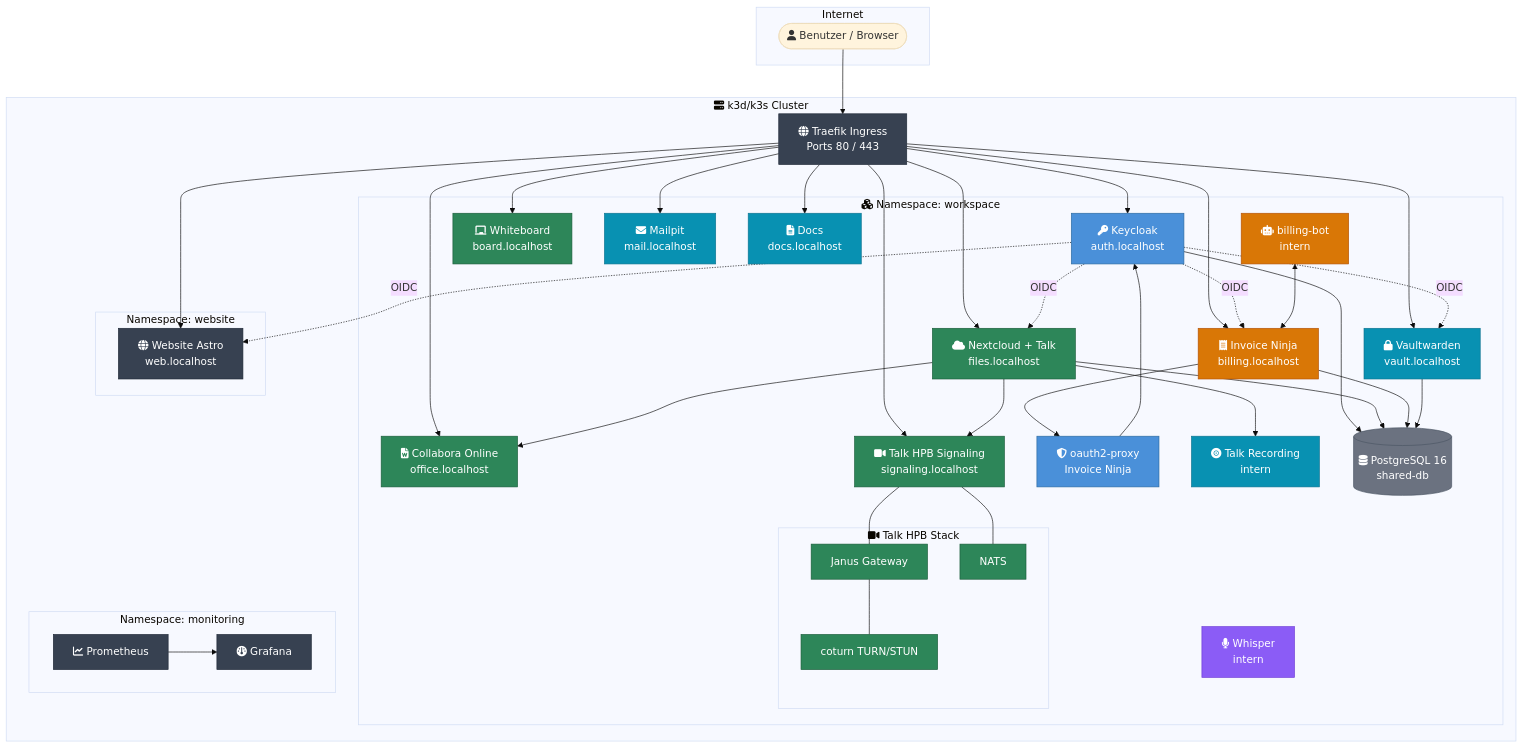
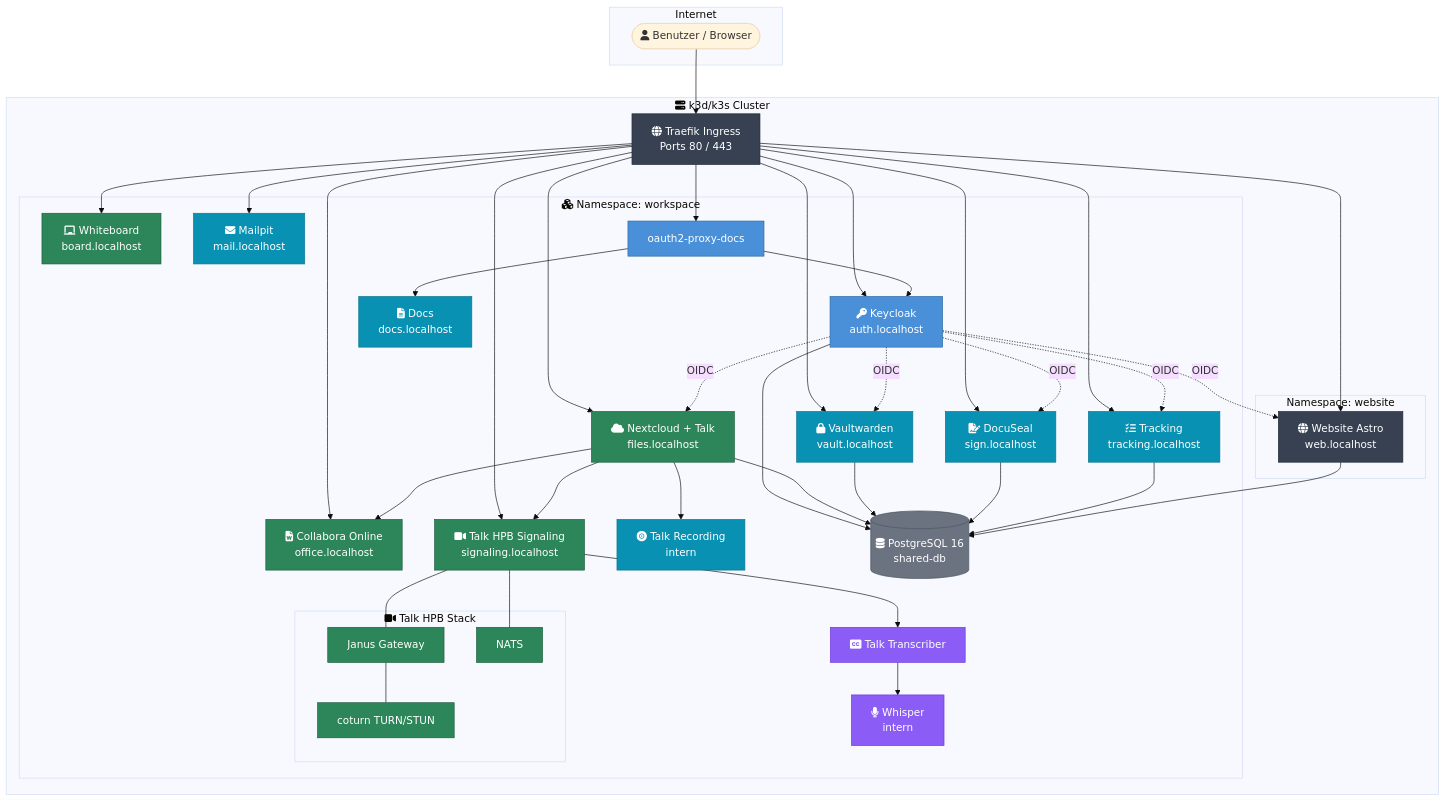
One commit to Paddione/Bachelorprojekt changed the first of 3 diagrams in README.md. Above: the diagram before and after it, drawn with Mermaid (base theme). The commit also changed other lines of this file and 11 other files, not shown here.

First line of the commit message:
docs: update architecture diagrams and data model to current state

````diff
--- a/README.md
+++ b/README.md
@@ -55,77 +56,71 @@
 ```mermaid
 graph TB
     subgraph Internet
         User(["fa:fa-user Benutzer / Browser"])
     end
 
     subgraph k3d-Cluster ["fa:fa-server k3d/k3s Cluster"]
         Traefik["fa:fa-globe Traefik Ingress<br/>Ports 80 / 443"]
 
         subgraph workspace ["fa:fa-cubes Namespace: workspace"]
             KC["fa:fa-key Keycloak<br/>auth.localhost"]
             NC["fa:fa-cloud Nextcloud + Talk<br/>files.localhost"]
             CO["fa:fa-file-word Collabora Online<br/>office.localhost"]
             HPB["fa:fa-video Talk HPB Signaling<br/>signaling.localhost"]
-            IN["fa:fa-receipt Invoice Ninja<br/>billing.localhost"]
             VW["fa:fa-lock Vaultwarden<br/>vault.localhost"]
             WB["fa:fa-chalkboard Whiteboard<br/>board.localhost"]
+            DS["fa:fa-file-signature DocuSeal<br/>sign.localhost"]
+            TR["fa:fa-list-check Tracking<br/>tracking.localhost"]
             MP["fa:fa-envelope Mailpit<br/>mail.localhost"]
             DOCS["fa:fa-file-lines Docs<br/>docs.localhost"]
-            BB["fa:fa-robot billing-bot<br/>intern"]
-            OAUTH["fa:fa-shield-halved oauth2-proxy<br/>Invoice Ninja"]
+            OAUTH2["oauth2-proxy-docs"]
             WHISPER["fa:fa-microphone Whisper<br/>intern"]
             REC["fa:fa-record-vinyl Talk Recording<br/>intern"]
+            TRBOT["fa:fa-closed-captioning Talk Transcriber"]
 
             subgraph HPB-Stack ["fa:fa-video Talk HPB Stack"]
                 JANUS["Janus Gateway"]
                 NATS["NATS"]
                 COTURN["coturn TURN/STUN"]
             end
 
             DB[("fa:fa-database PostgreSQL 16<br/>shared-db")]
         end
 
         subgraph website-ns ["Namespace: website"]
             WEB["fa:fa-globe Website Astro<br/>web.localhost"]
         end
-
-        subgraph monitoring-ns ["Namespace: monitoring"]
-            PROM["fa:fa-chart-line Prometheus"]
-            GRAF["fa:fa-gauge Grafana"]
-        end
     end
 
     User --> Traefik
-    Traefik --> KC & NC & CO & HPB & IN & VW & WB & MP & DOCS & WEB
+    Traefik --> KC & NC & CO & HPB & VW & WB & DS & TR & MP & WEB
+    Traefik --> OAUTH2
+    OAUTH2 --> DOCS
 
-    KC -. OIDC .-> NC & IN & VW & WEB
-    OAUTH --> KC
-    IN --> OAUTH
-
-    BB <--> IN
+    KC -. OIDC .-> NC & VW & WEB & DS & TR
+    OAUTH2 --> KC
 
     NC --> CO
     NC --> HPB
     NC --> REC
     HPB --- JANUS & NATS
+    HPB --> TRBOT --> WHISPER
     JANUS --- COTURN
 
-    KC & NC & IN & VW --> DB
-    PROM --> GRAF
+    KC & NC & VW & DS & TR --> DB
+    WEB --> DB
 
     classDef identity fill:#4a90d9,color:#fff,stroke:#2d6a9f
     classDef collab fill:#2d8659,color:#fff,stroke:#1a5c3a
     classDef ai fill:#8b5cf6,color:#fff,stroke:#6d3ad4
-    classDef billing fill:#d97706,color:#fff,stroke:#b45309
     classDef data fill:#6b7280,color:#fff,stroke:#4b5563
     classDef tools fill:#0891b2,color:#fff,stroke:#0e7490
     classDef infra fill:#374151,color:#fff,stroke:#1f2937
 
-    class KC,OAUTH identity
-    class NC,CO,WB,OL,HPB,JANUS,NATS,COTURN collab
-    class OC,WHISPER ai
-    class IN,BB billing
-    class DB,OS data
-    class VW,MP,DOCS,REC tools
-    class Traefik,WEB,PROM,GRAF infra
+    class KC,OAUTH2 identity
+    class NC,CO,WB,HPB,JANUS,NATS,COTURN collab
+    class WHISPER,TRBOT ai
+    class DB data
+    class VW,MP,DOCS,REC,DS,TR tools
+    class Traefik,WEB infra
 ```
````
